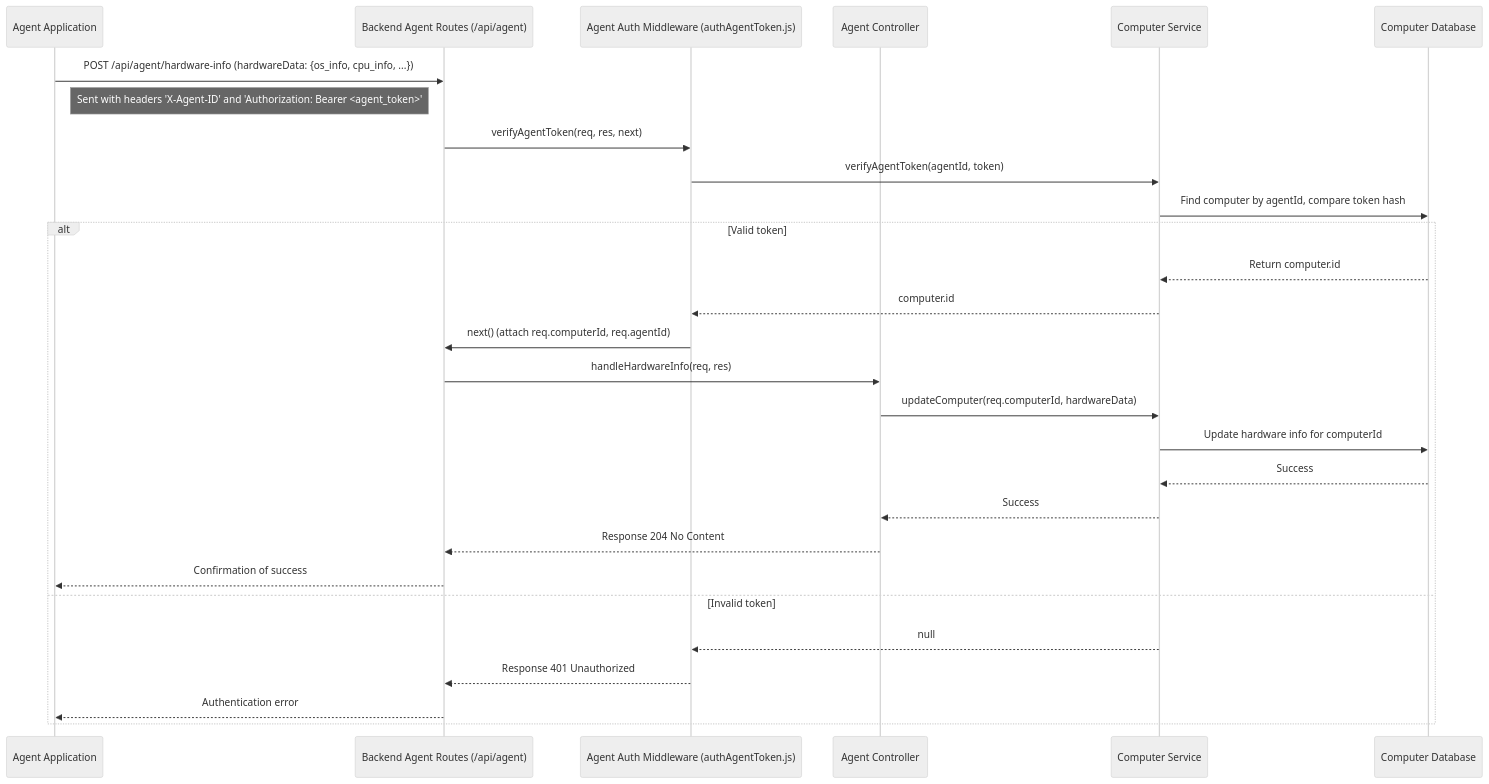
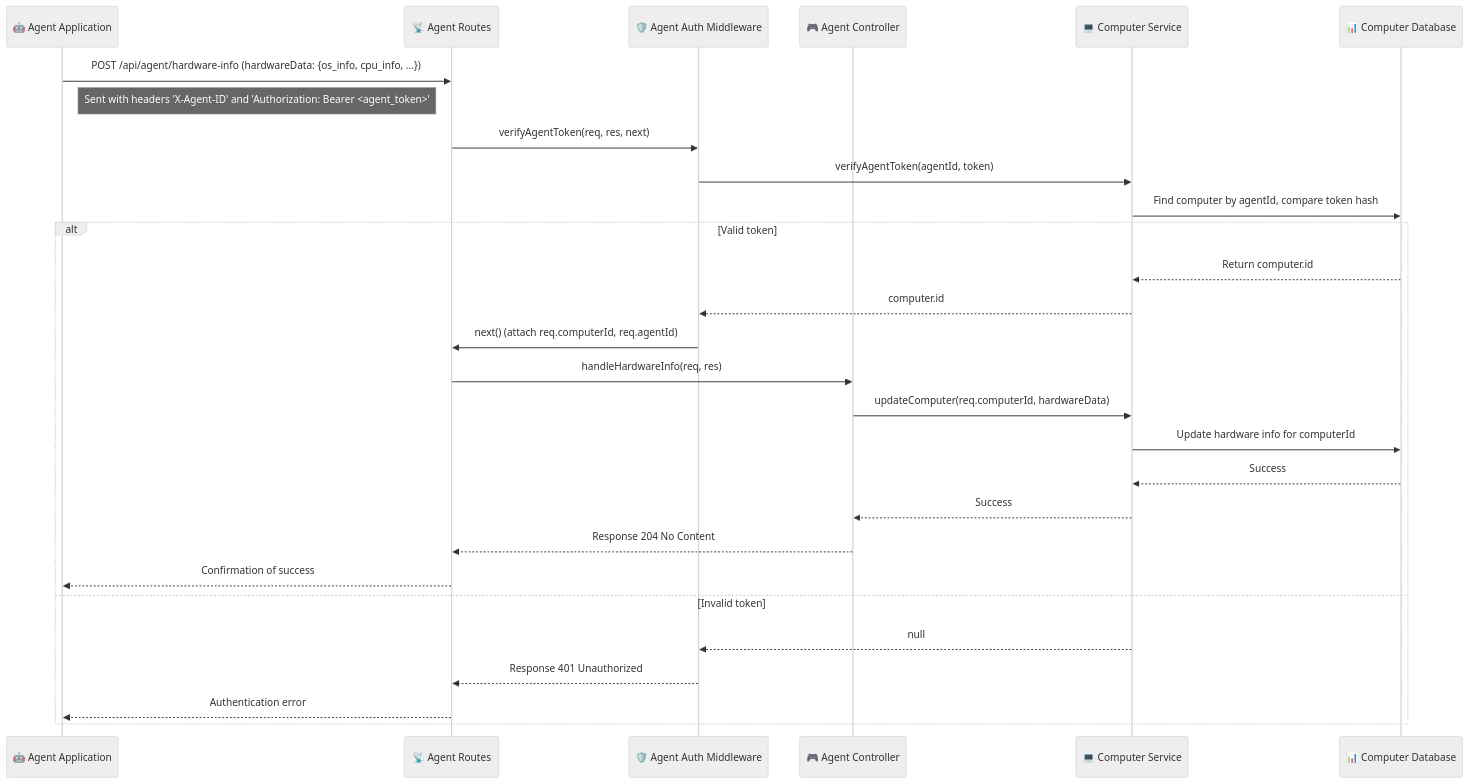
Before and after one commit to LoGGGG2402/computer-management-system: the fifth of 16 diagrams in backend/docs/flow.md, drawn with Mermaid (neutral theme). The commit also changed other lines of this file and 60 other files, not shown here.

````diff
--- a/backend/docs/flow.md
+++ b/backend/docs/flow.md
@@ -212,31 +167,31 @@
 ```mermaid
 sequenceDiagram
-    participant AgentApp as Agent Application
-    participant BE_AgentRoutes as Backend Agent Routes (/api/agent)
-    participant AgentAuthMiddleware as Agent Auth Middleware (authAgentToken.js)
-    participant AgentController as Agent Controller
-    participant ComputerService as Computer Service
-    participant ComputerDB as Computer Database
+    participant AgentApp as 🤖 Agent Application
+    participant BE_AgentRoutes as 📡 Agent Routes
+    participant AgentAuthMiddleware as 🛡️ Agent Auth Middleware
+    participant AgentController as 🎮 Agent Controller
+    participant ComputerService as 💻 Computer Service
+    participant ComputerDB as 📊 Computer Database
 
     AgentApp->>BE_AgentRoutes: POST /api/agent/hardware-info (hardwareData: {os_info, cpu_info, ...})
     note right of AgentApp: Sent with headers 'X-Agent-ID' and 'Authorization: Bearer <agent_token>'
     BE_AgentRoutes->>AgentAuthMiddleware: verifyAgentToken(req, res, next)
     AgentAuthMiddleware->>ComputerService: verifyAgentToken(agentId, token)
     ComputerService->>ComputerDB: Find computer by agentId, compare token hash
     alt Valid token
         ComputerDB-->>ComputerService: Return computer.id
         ComputerService-->>AgentAuthMiddleware: computer.id
         AgentAuthMiddleware->>BE_AgentRoutes: next() (attach req.computerId, req.agentId)
         BE_AgentRoutes->>AgentController: handleHardwareInfo(req, res)
         AgentController->>ComputerService: updateComputer(req.computerId, hardwareData)
         ComputerService->>ComputerDB: Update hardware info for computerId
         ComputerDB-->>ComputerService: Success
         ComputerService-->>AgentController: Success
         AgentController-->>BE_AgentRoutes: Response 204 No Content
         BE_AgentRoutes-->>AgentApp: Confirmation of success
     else Invalid token
         ComputerService-->>AgentAuthMiddleware: null
         AgentAuthMiddleware-->>BE_AgentRoutes: Response 401 Unauthorized
         BE_AgentRoutes-->>AgentApp: Authentication error
     end
 ```
````
